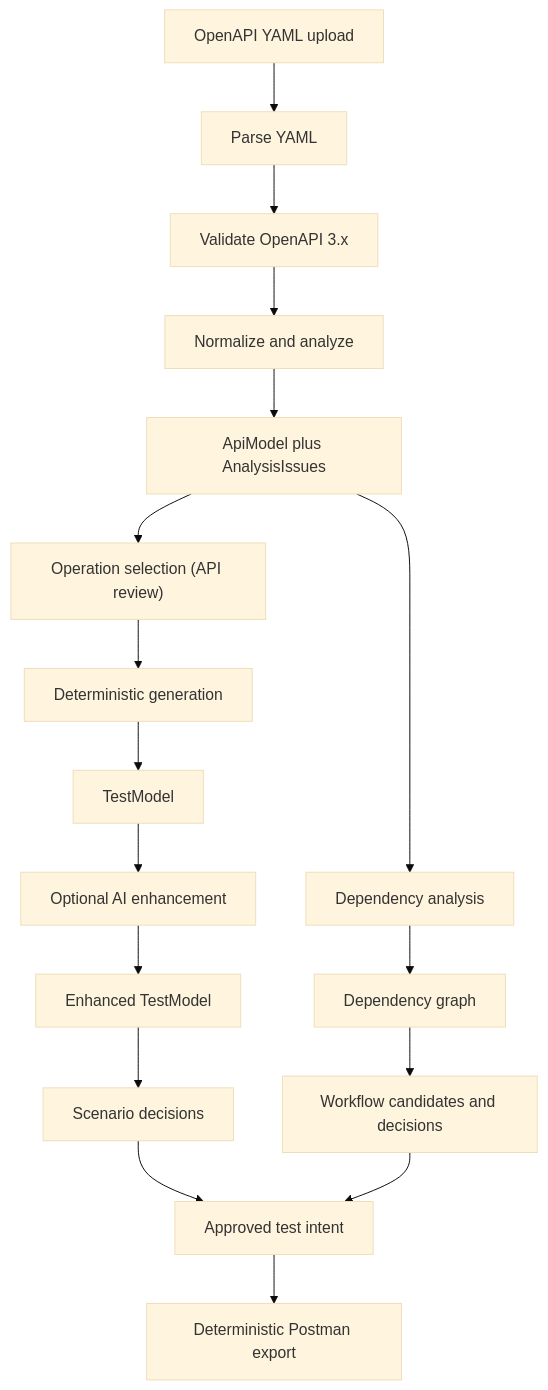
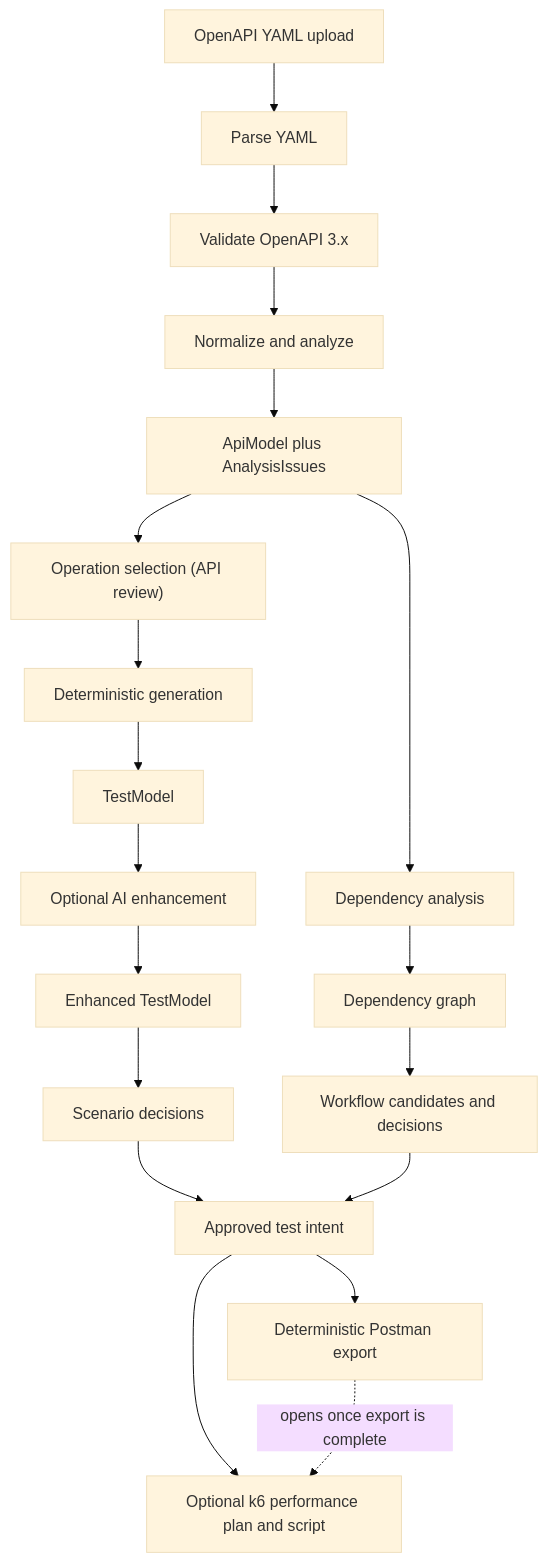
Before and after one commit to io-anurag/ApiPilot: the second of 3 diagrams in docs/architecture.md, drawn with Mermaid (base theme). The commit also changed other lines of this file and 22 other files, not shown here.

````diff
--- a/docs/architecture.md
+++ b/docs/architecture.md
@@ -82,19 +85,21 @@
 ```mermaid
 flowchart TD
   S["OpenAPI YAML upload"] --> P["Parse YAML"]
   P --> V["Validate OpenAPI 3.x"]
   V --> N["Normalize and analyze"]
   N --> A["ApiModel plus AnalysisIssues"]
   A --> SEL["Operation selection (API review)"]
   SEL --> G["Deterministic generation"]
   G --> T["TestModel"]
   T --> E["Optional AI enhancement"]
   E --> ET["Enhanced TestModel"]
   ET --> R["Scenario decisions"]
   A --> D["Dependency analysis"]
   D --> DG["Dependency graph"]
   DG --> W["Workflow candidates and decisions"]
   R --> AT["Approved test intent"]
   W --> AT
   AT --> X["Deterministic Postman export"]
+  AT --> PP["Optional k6 performance plan and script"]
+  X -.->|"opens once export is complete"| PP
 ```
````
